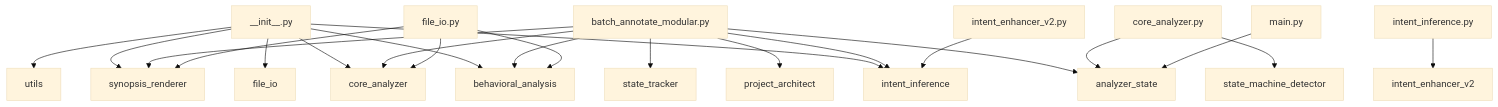
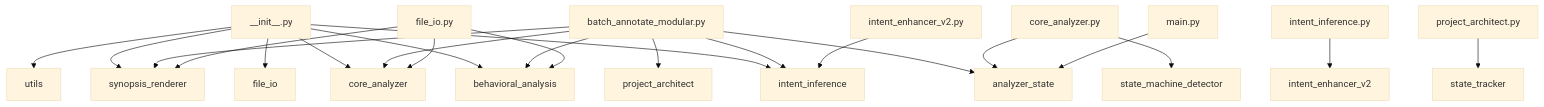
Before and after one commit to chase1971/code_synopsis_annotator: the diagram in PROJECT_STRUCTURE.md, drawn with Mermaid (base theme). The commit also changed other lines of this file and 31 other files, not shown here.

````diff
--- a/PROJECT_STRUCTURE.md
+++ b/PROJECT_STRUCTURE.md
@@ -194,24 +90,24 @@
 ```mermaid
 graph TD
     __init__.py --> behavioral_analysis
     __init__.py --> core_analyzer
     __init__.py --> file_io
     __init__.py --> intent_inference
     __init__.py --> synopsis_renderer
     __init__.py --> utils
     batch_annotate_modular.py --> analyzer_state
     batch_annotate_modular.py --> behavioral_analysis
     batch_annotate_modular.py --> core_analyzer
     batch_annotate_modular.py --> intent_inference
     batch_annotate_modular.py --> project_architect
-    batch_annotate_modular.py --> state_tracker
     batch_annotate_modular.py --> synopsis_renderer
     core_analyzer.py --> analyzer_state
     core_analyzer.py --> state_machine_detector
     file_io.py --> behavioral_analysis
     file_io.py --> core_analyzer
     file_io.py --> synopsis_renderer
     intent_enhancer_v2.py --> intent_inference
     intent_inference.py --> intent_enhancer_v2
     main.py --> analyzer_state
+    project_architect.py --> state_tracker
 ```
````
